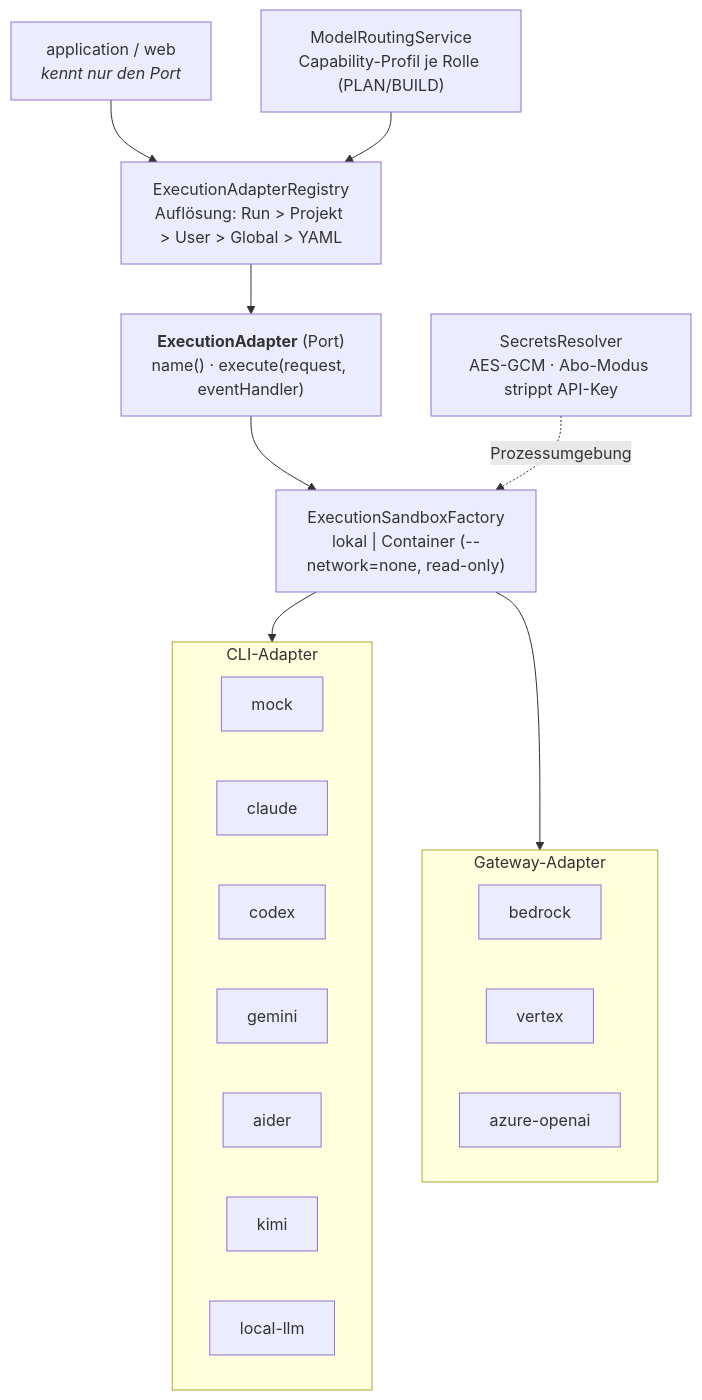
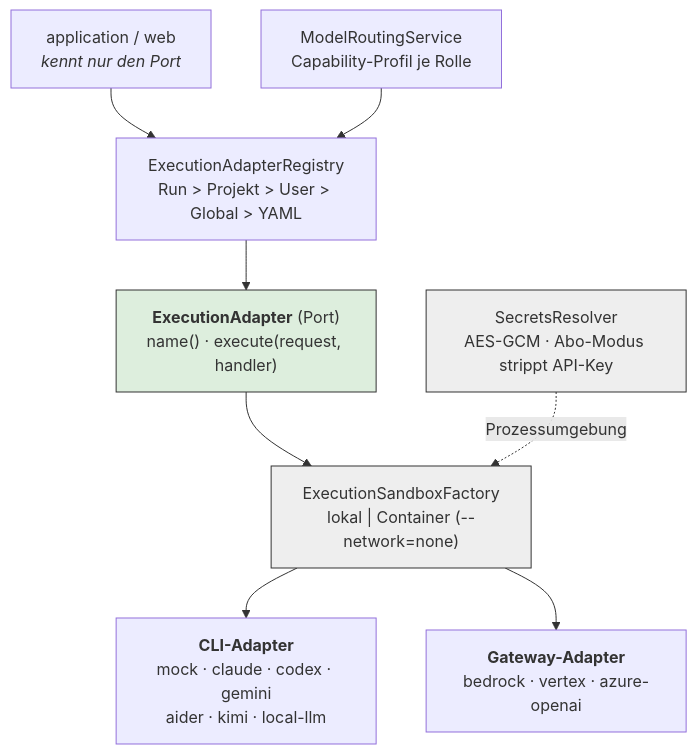
Before and after one commit to mjanda0815/agentic-publikation: the diagram in abbildungen/abb27.mmd, drawn with Mermaid. The commit also changed 53 other files, not shown here.

```diff
--- a/abbildungen/abb27.mmd
+++ b/abbildungen/abb27.mmd
@@ -1,31 +1,19 @@
 flowchart TB
     APPL["application / web<br/><i>kennt nur den Port</i>"]
-    PORT["<b>ExecutionAdapter</b> (Port)<br/>name() · execute(request, eventHandler)"]
-    REG["ExecutionAdapterRegistry<br/>Auflösung: Run &gt; Projekt &gt; User &gt; Global &gt; YAML"]
-    ROUT["ModelRoutingService<br/>Capability-Profil je Rolle (PLAN/BUILD)"]
-    SB["ExecutionSandboxFactory<br/>lokal | Container (--network=none, read-only)"]
-
-    APPL --> REG --> PORT
+    REG["ExecutionAdapterRegistry<br/>Run &gt; Projekt &gt; User &gt; Global &gt; YAML"]
+    ROUT["ModelRoutingService<br/>Capability-Profil je Rolle"]
+    PORT["<b>ExecutionAdapter</b> (Port)<br/>name() · execute(request, handler)"]
+    SB["ExecutionSandboxFactory<br/>lokal | Container (--network=none)"]
+    SEC["SecretsResolver<br/>AES-GCM · Abo-Modus strippt API-Key"]
+    CLIA["<b>CLI-Adapter</b><br/>mock · claude · codex · gemini<br/>aider · kimi · local-llm"]
+    GWA["<b>Gateway-Adapter</b><br/>bedrock · vertex · azure-openai"]
+    APPL --> REG
     ROUT --> REG
-    PORT --> SB
-
-    subgraph CLIA["CLI-Adapter"]
-        M[mock]
-        C[claude]
-        X[codex]
-        G[gemini]
-        AI[aider]
-        K[kimi]
-        L[local-llm]
-    end
-    subgraph GWA["Gateway-Adapter"]
-        BR[bedrock]
-        VE[vertex]
-        AZ[azure-openai]
-    end
-
+    REG --> PORT --> SB
+    SEC -. "Prozessumgebung" .-> SB
     SB --> CLIA
     SB --> GWA
-
-    SEC["SecretsResolver<br/>AES-GCM · Abo-Modus strippt API-Key"]
-    SEC -.Prozessumgebung.-> SB
+    classDef port fill:#ddeedd,stroke:#333333
+    classDef infra fill:#eeeeee,stroke:#333333
+    class PORT port
+    class SB,SEC infra
```
